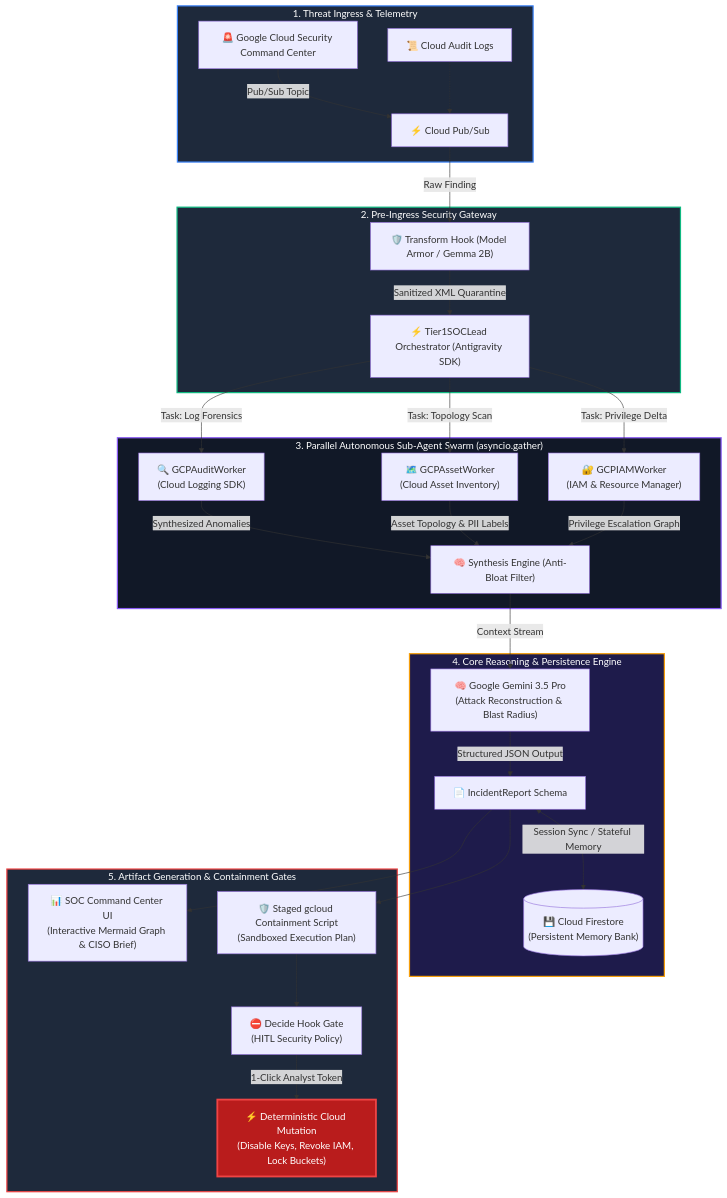
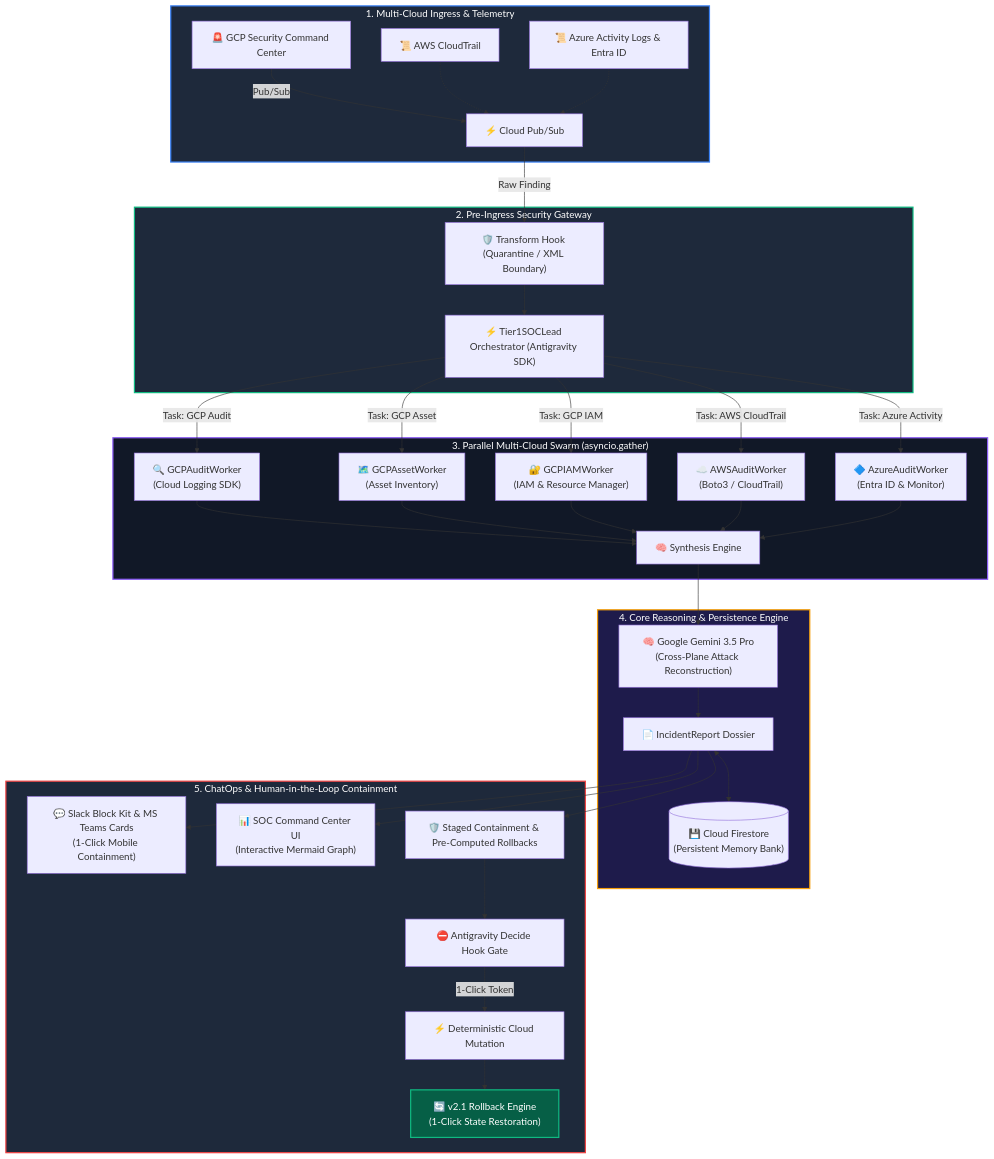
One commit to suresh-zatch/AegisFleet changed the diagram in README.md. Above: the diagram before and after it, drawn with Mermaid. The commit also changed other lines of this file and 9 other files, not shown here.

Commit message:
feat: complete v1.0 -> v2.1 enterprise suite (Slack ChatOps, Multi-Cloud Fabric, Rollback Engine)

````diff
--- a/README.md
+++ b/README.md
@@ -55,47 +64,50 @@
 ```mermaid
 graph TD
     %% Ingestion Layer
-    subgraph INGRESS ["1. Threat Ingress & Telemetry"]
-        SCC["🚨 Google Cloud Security Command Center"] -->|Pub/Sub Topic| PS["⚡ Cloud Pub/Sub"]
-        CAL["📜 Cloud Audit Logs"] -.-> PS
+    subgraph INGRESS ["1. Multi-Cloud Ingress & Telemetry"]
+        SCC["🚨 GCP Security Command Center"] -->|Pub/Sub| PS["⚡ Cloud Pub/Sub"]
+        AWS_CT["📜 AWS CloudTrail"] -.-> PS
+        AZ_LOG["📜 Azure Activity Logs & Entra ID"] -.-> PS
     end
 
-    %% Sanitization & Safety
+    %% Pre-Ingress Gateway
     subgraph SANITIZATION ["2. Pre-Ingress Security Gateway"]
-        PS -->|Raw Finding| TH["🛡️ Transform Hook (Model Armor / Gemma 2B)"]
-        TH -->|Sanitized XML Quarantine| ORCH["⚡ Tier1SOCLead Orchestrator (Antigravity SDK)"]
+        PS -->|Raw Finding| TH["🛡️ Transform Hook (Quarantine / XML Boundary)"]
+        TH --> ORCH["⚡ Tier1SOCLead Orchestrator (Antigravity SDK)"]
     end
 
-    %% Parallel Swarm Layer
-    subgraph SWARM ["3. Parallel Autonomous Sub-Agent Swarm (asyncio.gather)"]
-        ORCH -->|Task: Log Forensics| W_AUDIT["🔍 GCPAuditWorker<br/>(Cloud Logging SDK)"]
-        ORCH -->|Task: Topology Scan| W_ASSET["🗺️ GCPAssetWorker<br/>(Cloud Asset Inventory)"]
-        ORCH -->|Task: Privilege Delta| W_IAM["🔐 GCPIAMWorker<br/>(IAM & Resource Manager)"]
+    %% Parallel Multi-Cloud Swarm
+    subgraph SWARM ["3. Parallel Multi-Cloud Swarm (asyncio.gather)"]
+        ORCH -->|Task: GCP Audit| W_AUDIT["🔍 GCPAuditWorker<br/>(Cloud Logging SDK)"]
+        ORCH -->|Task: GCP Asset| W_ASSET["🗺️ GCPAssetWorker<br/>(Asset Inventory)"]
+        ORCH -->|Task: GCP IAM| W_IAM["🔐 GCPIAMWorker<br/>(IAM & Resource Manager)"]
+        ORCH -->|Task: AWS CloudTrail| W_AWS["☁️ AWSAuditWorker<br/>(Boto3 / CloudTrail)"]
+        ORCH -->|Task: Azure Activity| W_AZURE["🔷 AzureAuditWorker<br/>(Entra ID & Monitor)"]
         
-        W_AUDIT -->|Synthesized Anomalies| SYNTH["🧠 Synthesis Engine (Anti-Bloat Filter)"]
-        W_ASSET -->|Asset Topology & PII Labels| SYNTH
-        W_IAM -->|Privilege Escalation Graph| SYNTH
+        W_AUDIT & W_ASSET & W_IAM & W_AWS & W_AZURE --> SYNTH["🧠 Synthesis Engine"]
     end
 
-    %% Reasoning & Brain
+    %% Brain & Persistence
     subgraph BRAIN ["4. Core Reasoning & Persistence Engine"]
-        SYNTH -->|Context Stream| GEMINI["🧠 Google Gemini 3.5 Pro<br/>(Attack Reconstruction & Blast Radius)"]
-        GEMINI -->|Structured JSON Output| REPORT["📄 IncidentReport Schema"]
-        REPORT <-->|Session Sync / Stateful Memory| FS[("💾 Cloud Firestore<br/>(Persistent Memory Bank)")]
+        SYNTH --> GEMINI["🧠 Google Gemini 3.5 Pro<br/>(Cross-Plane Attack Reconstruction)"]
+        GEMINI --> REPORT["📄 IncidentReport Dossier"]
+        REPORT <--> FS[("💾 Cloud Firestore<br/>(Persistent Memory Bank)")]
     end
 
-    %% Artifact Generation & HITL Containment
-    subgraph OUTPUTS ["5. Artifact Generation & Containment Gates"]
-        REPORT --> DASH["📊 SOC Command Center UI<br/>(Interactive Mermaid Graph & CISO Brief)"]
-        REPORT --> STAGE["🛡️ Staged gcloud Containment Script<br/>(Sandboxed Execution Plan)"]
-        STAGE --> DECIDE["⛔ Decide Hook Gate<br/>(HITL Security Policy)"]
-        DECIDE -->|1-Click Analyst Token| EXEC["⚡ Deterministic Cloud Mutation<br/>(Disable Keys, Revoke IAM, Lock Buckets)"]
+    %% ChatOps, Artifacts & Rollback
+    subgraph OUTPUTS ["5. ChatOps & Human-in-the-Loop Containment"]
+        REPORT --> SLACK["💬 Slack Block Kit & MS Teams Cards<br/>(1-Click Mobile Containment)"]
+        REPORT --> DASH["📊 SOC Command Center UI<br/>(Interactive Mermaid Graph)"]
+        REPORT --> STAGE["🛡️ Staged Containment & Pre-Computed Rollbacks"]
+        STAGE --> DECIDE["⛔ Antigravity Decide Hook Gate"]
+        DECIDE -->|1-Click Token| EXEC["⚡ Deterministic Cloud Mutation"]
+        EXEC --> ROLLBACK["🔄 v2.1 Rollback Engine<br/>(1-Click State Restoration)"]
     end
 
     style INGRESS fill:#1e293b,stroke:#3b82f6,stroke-width:2px,color:#fff
     style SANITIZATION fill:#1e293b,stroke:#10b981,stroke-width:2px,color:#fff
     style SWARM fill:#111827,stroke:#8b5cf6,stroke-width:2px,color:#fff
     style BRAIN fill:#1e1b4b,stroke:#f59e0b,stroke-width:2px,color:#fff
     style OUTPUTS fill:#1e293b,stroke:#ef4444,stroke-width:2px,color:#fff
-    style EXEC fill:#b91c1c,stroke:#ef4444,stroke-width:3px,color:#fff
+    style ROLLBACK fill:#065f46,stroke:#10b981,stroke-width:2px,color:#fff
 ```
````
